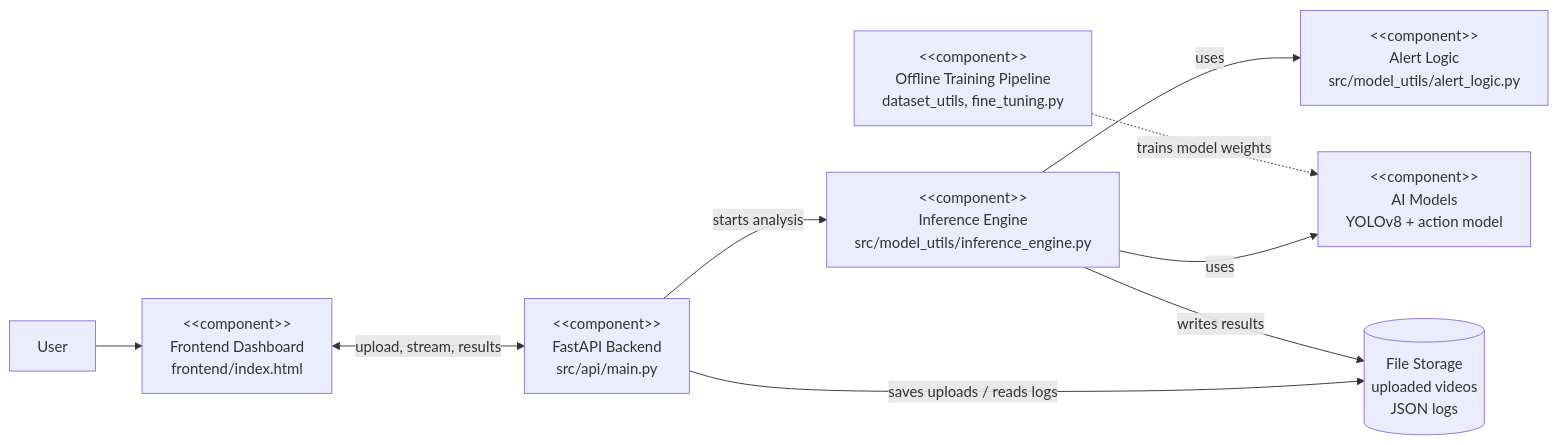
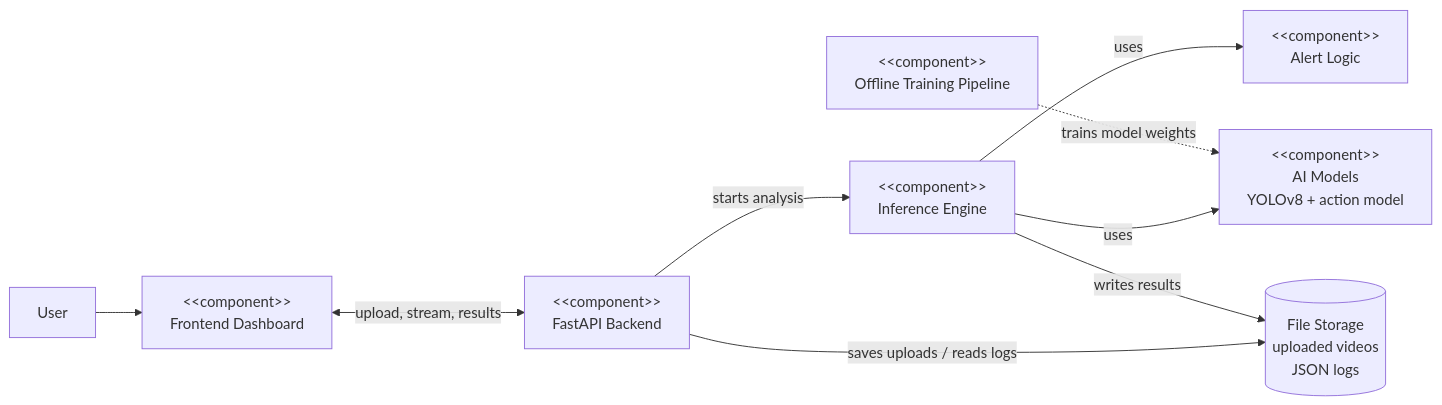
One commit to Magda1103/Problem-Workshop-in-Software-Engineering changed the first of 5 diagrams in PROJECT_DOCUMENTATION.md. Above: the diagram before and after it, drawn with Mermaid.

Commit message:
Simplify component labels in documentation flowchart

````diff
--- a/PROJECT_DOCUMENTATION.md
+++ b/PROJECT_DOCUMENTATION.md
@@ -164,24 +164,24 @@
 ```mermaid
 flowchart LR
     User["User"]
 
-    Frontend["&lt;&lt;component&gt;&gt;<br/>Frontend Dashboard<br/>frontend/index.html"]
-    Backend["&lt;&lt;component&gt;&gt;<br/>FastAPI Backend<br/>src/api/main.py"]
-    Engine["&lt;&lt;component&gt;&gt;<br/>Inference Engine<br/>src/model_utils/inference_engine.py"]
+    Frontend["&lt;&lt;component&gt;&gt;<br/>Frontend Dashboard"]
+    Backend["&lt;&lt;component&gt;&gt;<br/>FastAPI Backend"]
+    Engine["&lt;&lt;component&gt;&gt;<br/>Inference Engine"]
     Models["&lt;&lt;component&gt;&gt;<br/>AI Models<br/>YOLOv8 + action model"]
-    AlertLogic["&lt;&lt;component&gt;&gt;<br/>Alert Logic<br/>src/model_utils/alert_logic.py"]
-    Training["&lt;&lt;component&gt;&gt;<br/>Offline Training Pipeline<br/>dataset_utils, fine_tuning.py"]
+    AlertLogic["&lt;&lt;component&gt;&gt;<br/>Alert Logic"]
+    Training["&lt;&lt;component&gt;&gt;<br/>Offline Training Pipeline"]
     Storage[("File Storage<br/>uploaded videos<br/>JSON logs")]
 
     User --> Frontend
     Frontend <-->|upload, stream, results| Backend
 
     Backend -->|starts analysis| Engine
     Backend -->|saves uploads / reads logs| Storage
 
     Engine -->|uses| Models
     Engine -->|uses| AlertLogic
     Engine -->|writes results| Storage
 
     Training -.->|trains model weights| Models
 ```
````
